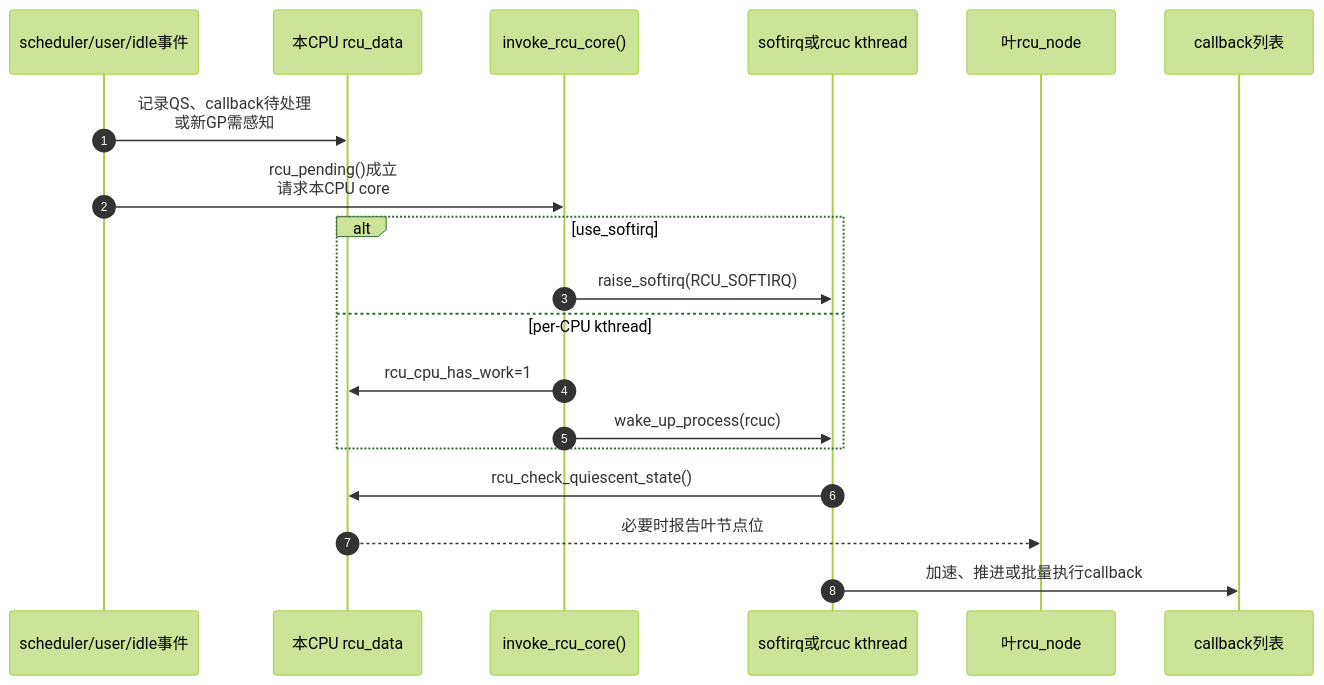
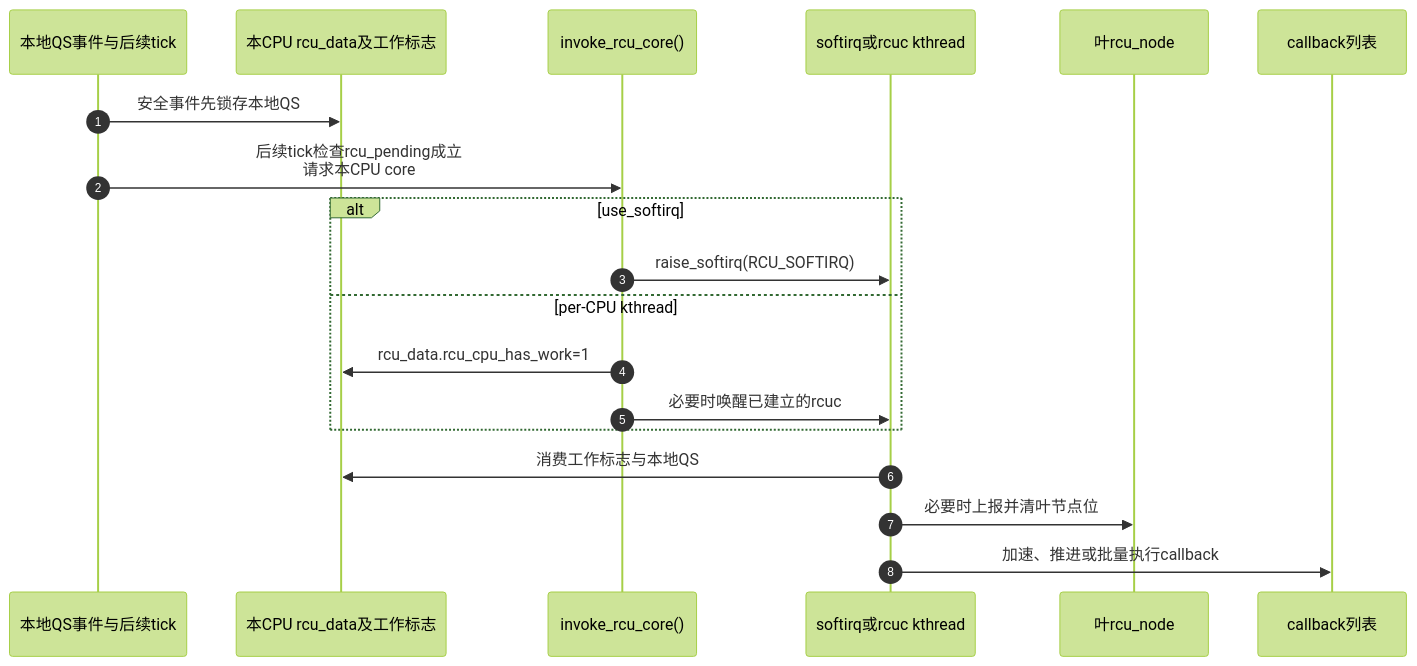
The second of 2 diagrams in knowledge/linux/synchronization_and_asynchrony/synchronization/rcu/P07_Tree_RCU_初始化_拓扑与执行上下文.md (FormingSystem/linux_note), drawn with Mermaid (forest theme) before and after one commit. The commit also changed other lines of this file and 7 other files, not shown here.

````diff
--- a/knowledge/linux/synchronization_and_asynchrony/synchronization/rcu/P07_Tree_RCU_初始化_拓扑与执行上下文.md
+++ b/knowledge/linux/synchronization_and_asynchrony/synchronization/rcu/P07_Tree_RCU_初始化_拓扑与执行上下文.md
@@ -218,23 +230,23 @@
 ```mermaid
 sequenceDiagram
     autonumber
 
-    participant E as scheduler/user/idle事件
-    participant D as 本CPU rcu_data
+    participant E as 本地QS事件与后续tick
+    participant D as 本CPU rcu_data及工作标志
     participant I as invoke_rcu_core()
     participant X as softirq或rcuc kthread
     participant N as 叶rcu_node
     participant C as callback列表
 
-    E->>D: 记录QS、callback待处理<br/>或新GP需感知
-    E->>I: rcu_pending()成立<br/>请求本CPU core
+    E->>D: 安全事件先锁存本地QS
+    E->>I: 后续tick检查rcu_pending成立<br/>请求本CPU core
     alt use_softirq
         I->>X: raise_softirq(RCU_SOFTIRQ)
     else per-CPU kthread
-        I->>D: rcu_cpu_has_work=1
-        I->>X: wake_up_process(rcuc)
+        I->>D: rcu_data.rcu_cpu_has_work=1
+        I->>X: 必要时唤醒已建立的rcuc
     end
-    X->>D: rcu_check_quiescent_state()
-    D-->>N: 必要时报告叶节点位
+    X->>D: 消费工作标志与本地QS
+    X->>N: 必要时上报并清叶节点位
     X->>C: 加速、推进或批量执行callback
 ```
````
